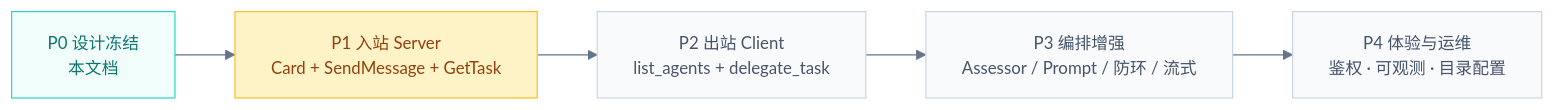
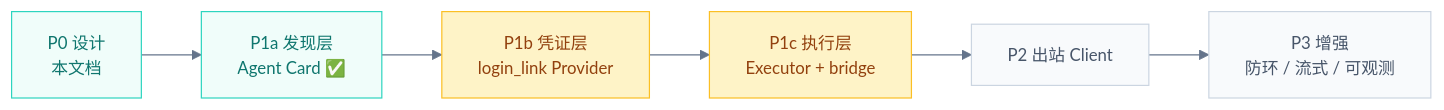
The tenth of 10 diagrams in docs/Hubloom-A2A互联.md (Zhong-y-j/Hubloom), drawn with Mermaid before and after one commit. The commit also changed other lines of this file and 3 other files, not shown here.

````diff
--- a/docs/Hubloom-A2A互联.md
+++ b/docs/Hubloom-A2A互联.md
@@ -332,16 +590,17 @@
 ```mermaid
 %%{init: {"theme":"base","themeVariables":{"background":"#ffffff","primaryColor":"#ffffff","primaryBorderColor":"#cbd5e1","primaryTextColor":"#1e293b","lineColor":"#64748b","fontSize":"14px"}}}%%
 flowchart LR
-    P0["P0 设计冻结<br/>本文档"] --> P1["P1 入站 Server<br/>Card + SendMessage + GetTask"]
-    P1 --> P2["P2 出站 Client<br/>list_agents + delegate_task"]
-    P2 --> P3["P3 编排增强<br/>Assessor / Prompt / 防环 / 流式"]
-    P3 --> P4["P4 体验与运维<br/>鉴权 · 可观测 · 目录配置"]
+    P0["P0 设计<br/>本文档"] --> P1a["P1a 发现层<br/>Agent Card ✅"]
+    P1a --> P1b["P1b 凭证层<br/>login_link Provider"]
+    P1b --> P1c["P1c 执行层<br/>Executor + bridge"]
+    P1c --> P2["P2 出站 Client"]
+    P2 --> P3["P3 增强<br/>防环 / 流式 / 可观测"]
 
     classDef done fill:#f0fdfa,stroke:#2dd4bf,color:#0f766e
     classDef next fill:#fef3c7,stroke:#fbbf24,color:#92400e
     classDef later fill:#f8fafc,stroke:#cbd5e1,color:#475569
 
-    class P0 done
-    class P1 next
-    class P2,P3,P4 later
+    class P0,P1a done
+    class P1b,P1c next
+    class P2,P3 later
 ```
````
